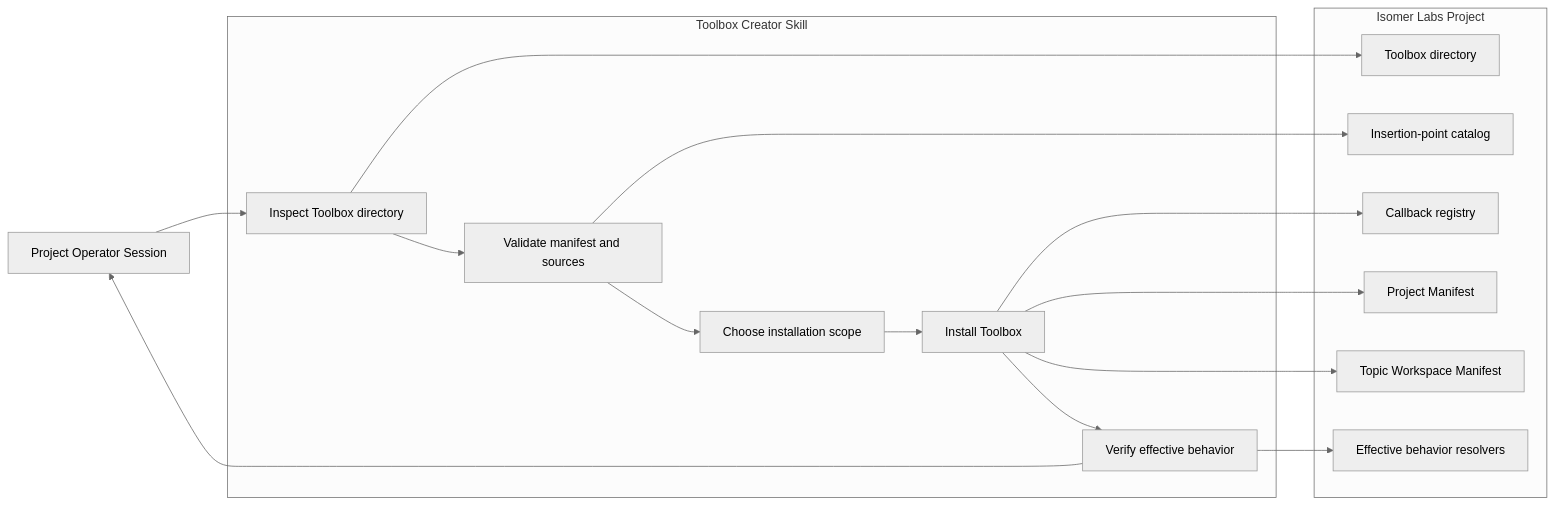
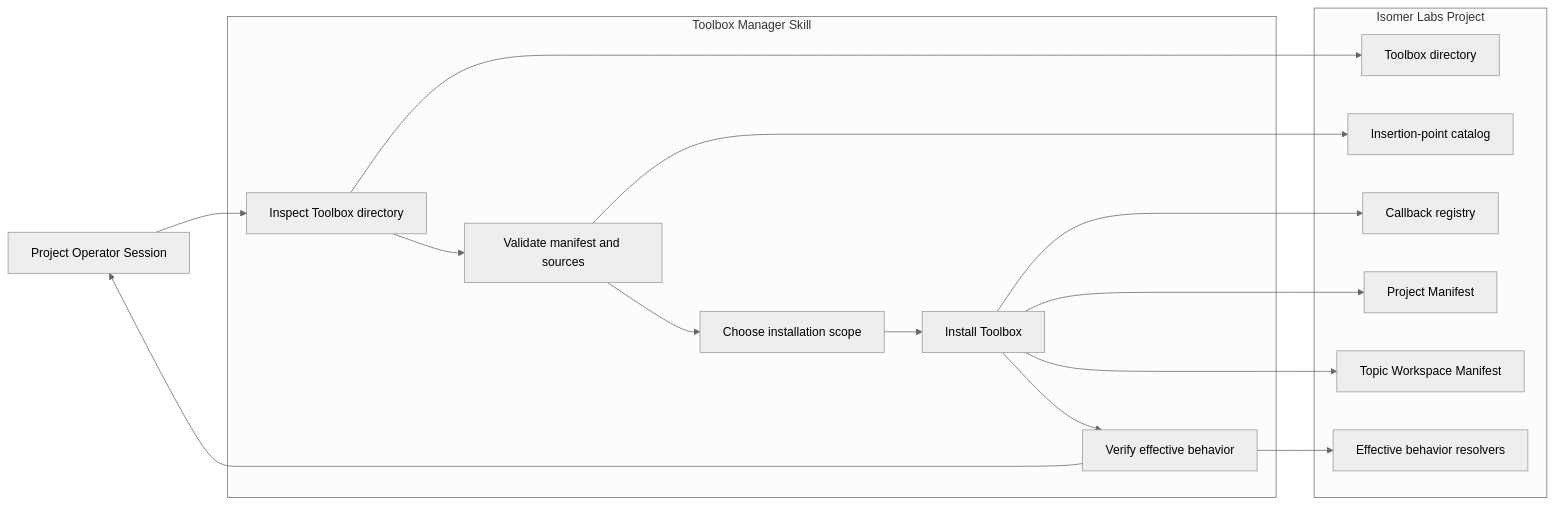
The first of 2 diagrams in context/features/2026-07-08-toolbox-creator-skill/usecases/uc-04-install-toolbox-directory.md (CodeGandee/isomer-labs), drawn with Mermaid (neutral theme) before and after one commit. The commit also changed other lines of this file and 38 other files, not shown here.

Commit message:
feat: add toolbox manager system skill

````diff
--- a/context/features/2026-07-08-toolbox-creator-skill/usecases/uc-04-install-toolbox-directory.md
+++ b/context/features/2026-07-08-toolbox-creator-skill/usecases/uc-04-install-toolbox-directory.md
@@ -101,34 +101,34 @@
 ```mermaid
 flowchart LR
   User[Project Operator Session]
 
-  subgraph Skill[Toolbox Creator Skill]
+  subgraph Skill[Toolbox Manager Skill]
     Inspect[Inspect Toolbox directory]
     Validate[Validate manifest and sources]
     Scope[Choose installation scope]
     Install[Install Toolbox]
     Verify[Verify effective behavior]
   end
 
   subgraph Project[Isomer Labs Project]
     ToolboxDir[Toolbox directory]
     Catalog[Insertion-point catalog]
     Registry[Callback registry]
     ProjectManifest[Project Manifest]
     TopicManifest[Topic Workspace Manifest]
     Resolver[Effective behavior resolvers]
   end
 
   User --> Inspect
   Inspect --> ToolboxDir
   Inspect --> Validate
   Validate --> Catalog
   Validate --> Scope
   Scope --> Install
   Install --> Registry
   Install --> ProjectManifest
   Install --> TopicManifest
   Install --> Verify
   Verify --> Resolver
   Verify --> User
 ```
````
